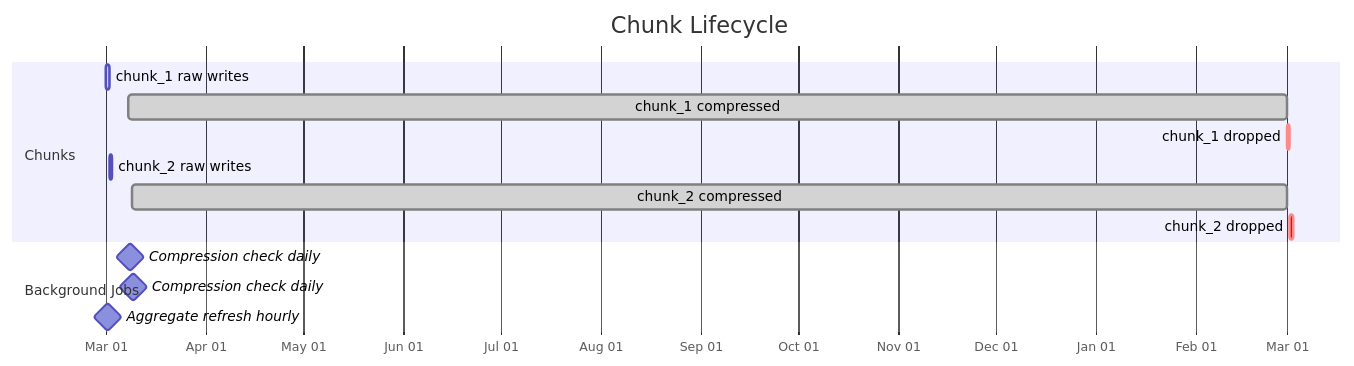
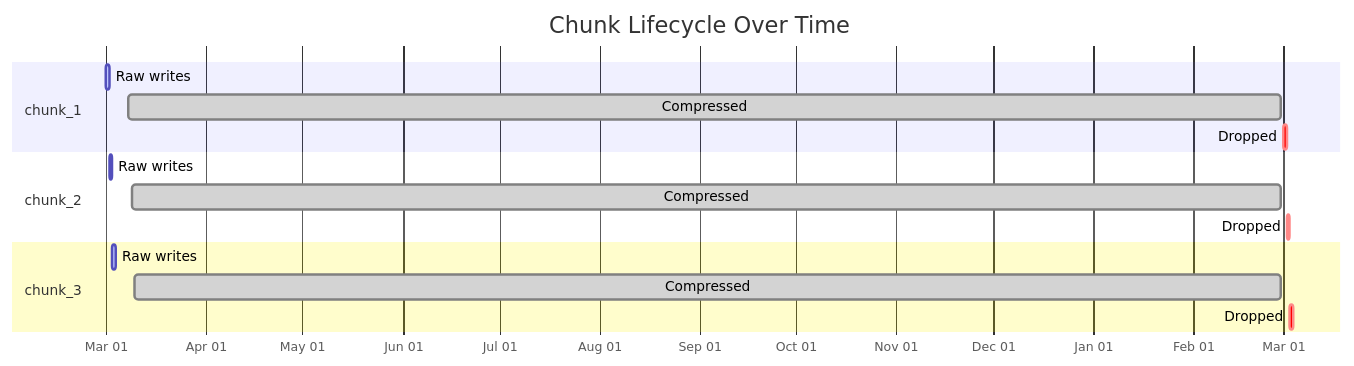
The eighth of 8 diagrams in DB/TimeScaleDb.md (mjameer/RareLearning), drawn with Mermaid before and after one commit. The commit also changed other lines of this file, not shown here.

````diff
--- a/DB/TimeScaleDb.md
+++ b/DB/TimeScaleDb.md
@@ -721,20 +714,21 @@
 ```mermaid
 gantt
-    title Chunk Lifecycle
+    title Chunk Lifecycle Over Time
     dateFormat YYYY-MM-DD
     axisFormat %b %d
 
-    section Chunks
-    chunk_1 raw writes     :active,  2025-03-01, 1d
-    chunk_1 compressed     :done,    2025-03-08, 358d
-    chunk_1 dropped        :crit,    2026-03-01, 1d
+    section chunk_1
+    Raw writes       :active,  2025-03-01, 1d
+    Compressed       :done,    2025-03-08, 357d
+    Dropped          :crit,    2026-03-01, 1d
 
-    chunk_2 raw writes     :active,  2025-03-02, 1d
-    chunk_2 compressed     :done,    2025-03-09, 357d
-    chunk_2 dropped        :crit,    2026-03-02, 1d
+    section chunk_2
+    Raw writes       :active,  2025-03-02, 1d
+    Compressed       :done,    2025-03-09, 356d
+    Dropped          :crit,    2026-03-02, 1d
 
-    section Background Jobs
-    Compression check daily :milestone, 2025-03-08, 1d
-    Compression check daily :milestone, 2025-03-09, 1d
-    Aggregate refresh hourly :milestone, 2025-03-01, 1d
+    section chunk_3
+    Raw writes       :active,  2025-03-03, 1d
+    Compressed       :done,    2025-03-10, 355d
+    Dropped          :crit,    2026-03-03, 1d
 ```
````
